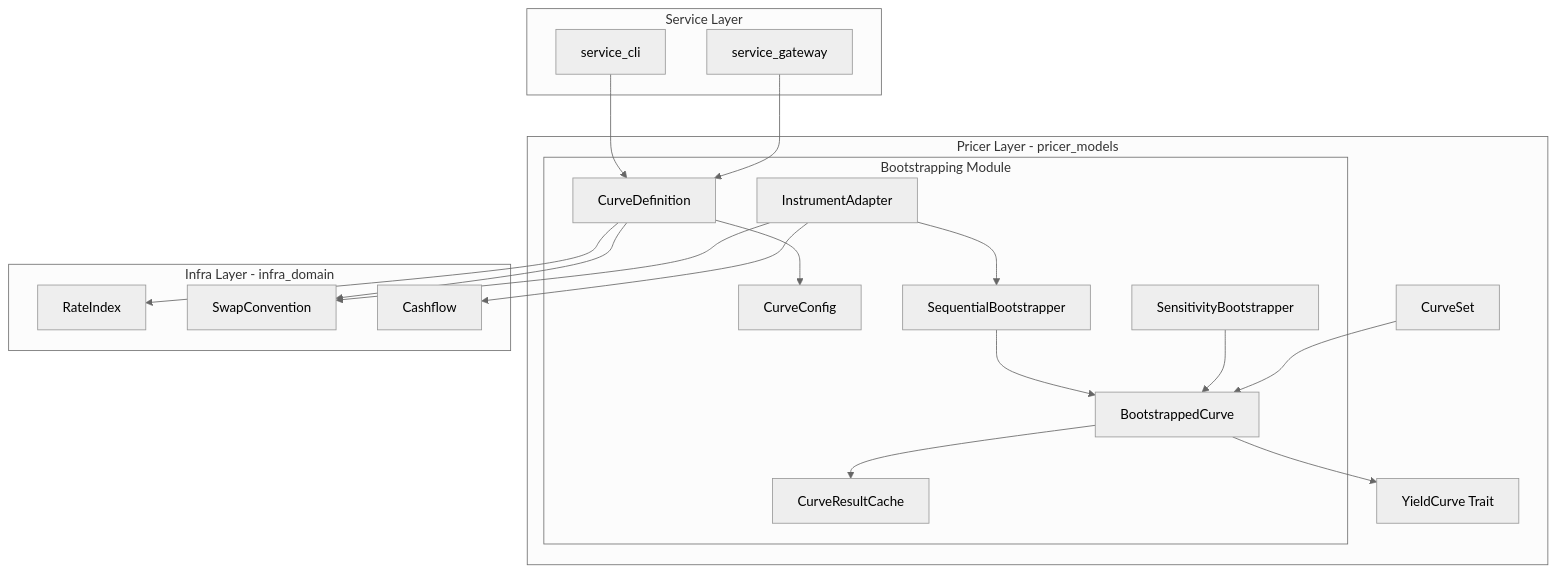
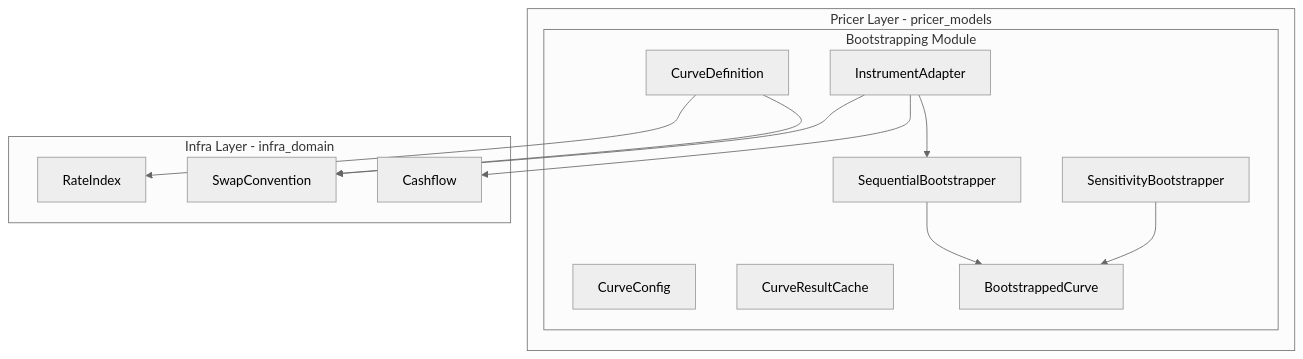
One commit to neutryx-lab/neutryx-rust changed the diagram in .kiro/specs/curve-bootstrap-engine/design.md. Above: the diagram before and after it, drawn with Mermaid (neutral theme). The commit also changed other lines of this file and 40 other files, not shown here.

First line of the commit message:
Refactor models module: Consolidate stochastic models (SABR, Heston, Hull-White) and streamline architecture

````diff
--- a/.kiro/specs/curve-bootstrap-engine/design.md
+++ b/.kiro/specs/curve-bootstrap-engine/design.md
@@ -47,45 +41,28 @@
 ```mermaid
 graph TB
-    subgraph Service Layer
-        CLI[service_cli]
-        Gateway[service_gateway]
-    end
-
     subgraph Pricer Layer - pricer_models
         subgraph Bootstrapping Module
             CurveDef[CurveDefinition]
             CurveConfig[CurveConfig]
             Adapter[InstrumentAdapter]
             Engine[SequentialBootstrapper]
             Cache[CurveResultCache]
             Curve[BootstrappedCurve]
             Sensitivity[SensitivityBootstrapper]
         end
-        YieldCurveTrait[YieldCurve Trait]
-        CurveSet[CurveSet]
     end
 
     subgraph Infra Layer - infra_domain
         RateIndex[RateIndex]
         SwapConv[SwapConvention]
         Cashflow[Cashflow]
     end
 
-    CLI --> CurveDef
-    Gateway --> CurveDef
-
-    CurveDef --> CurveConfig
     CurveDef --> RateIndex
     CurveDef --> SwapConv
-
     Adapter --> SwapConv
     Adapter --> Cashflow
     Adapter --> Engine
-
     Engine --> Curve
-    Curve --> YieldCurveTrait
-    Curve --> Cache
-
     Sensitivity --> Curve
-    CurveSet --> Curve
 ```
````
